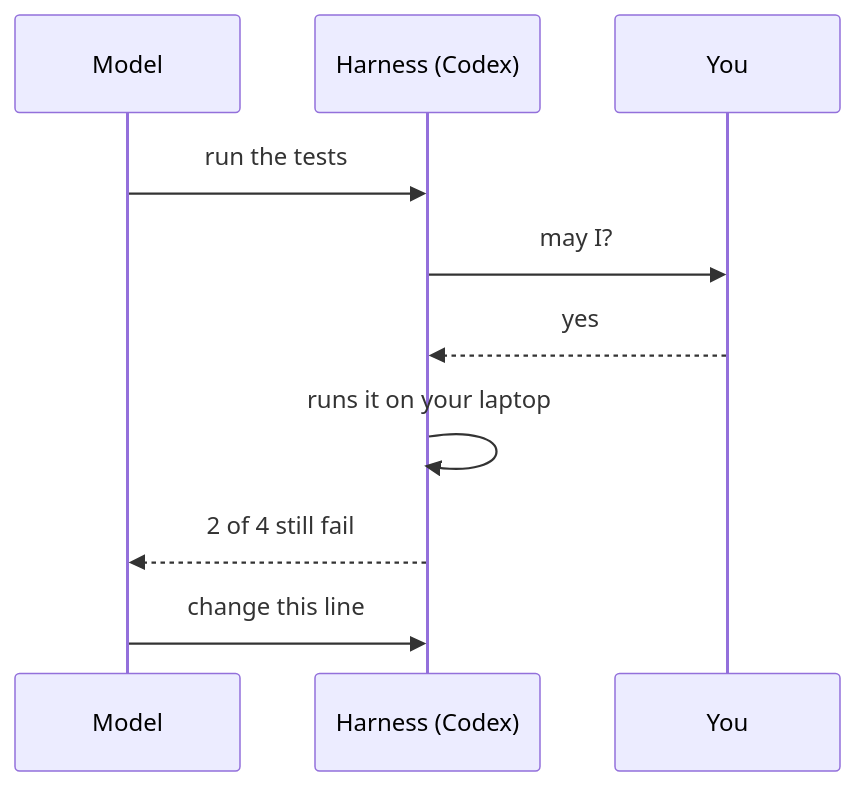
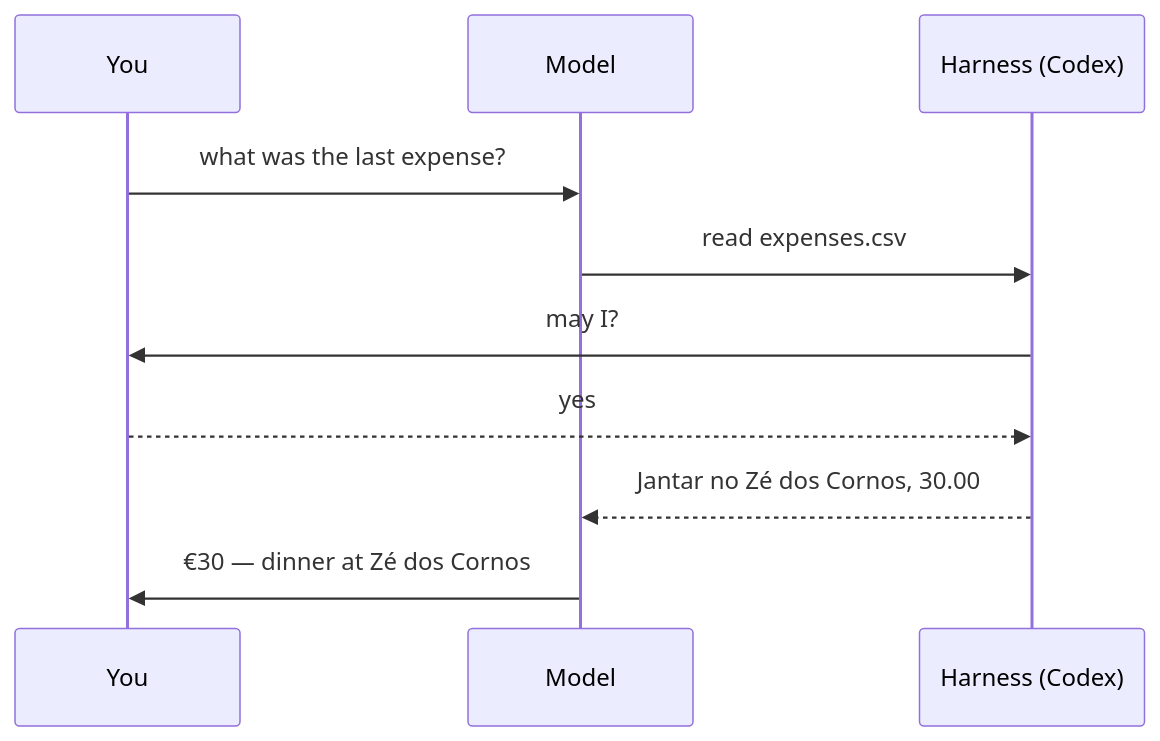
The diagram in decks/diagrams/tool-call.mmd (Nova-SBE-Introduction-to-Programming/intro-to-programming-2026), drawn with Mermaid before and after one commit. The commit also changed 15 other files, not shown here.

```diff
--- a/decks/diagrams/tool-call.mmd
+++ b/decks/diagrams/tool-call.mmd
@@ -1,10 +1,10 @@
 sequenceDiagram
+  participant Y as You
   participant M as Model
   participant H as Harness (Codex)
-  participant Y as You
-  M->>H: run the tests
+  Y->>M: what was the last expense?
+  M->>H: read expenses.csv
   H->>Y: may I?
   Y-->>H: yes
-  H->>H: runs it on your laptop
-  H-->>M: 2 of 4 still fail
-  M->>H: change this line
+  H-->>M: Jantar no Zé dos Cornos, 30.00
+  M->>Y: €30 — dinner at Zé dos Cornos
```
